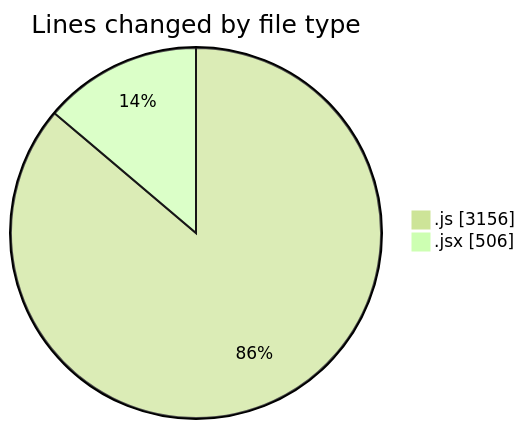
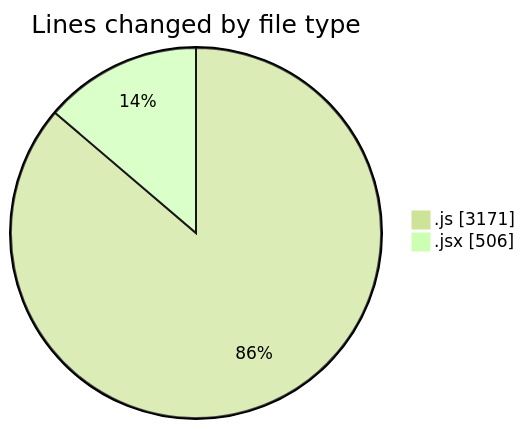
One commit to nxtqubesakshisongat/code-tracking changed the first of 2 diagrams in 2025-07-27/nxtqube_webapp/README.md. Above: the diagram before and after it, drawn with Mermaid (forest theme). The commit also changed other lines of this file and 1 other file, not shown here.

````diff
--- a/2025-07-27/nxtqube_webapp/README.md
+++ b/2025-07-27/nxtqube_webapp/README.md
@@ -27,6 +27,6 @@
 ```mermaid
 pie showData
 title Lines changed by file type
-".js" : 3156
+".js" : 3171
 ".jsx" : 506
 ```
````
